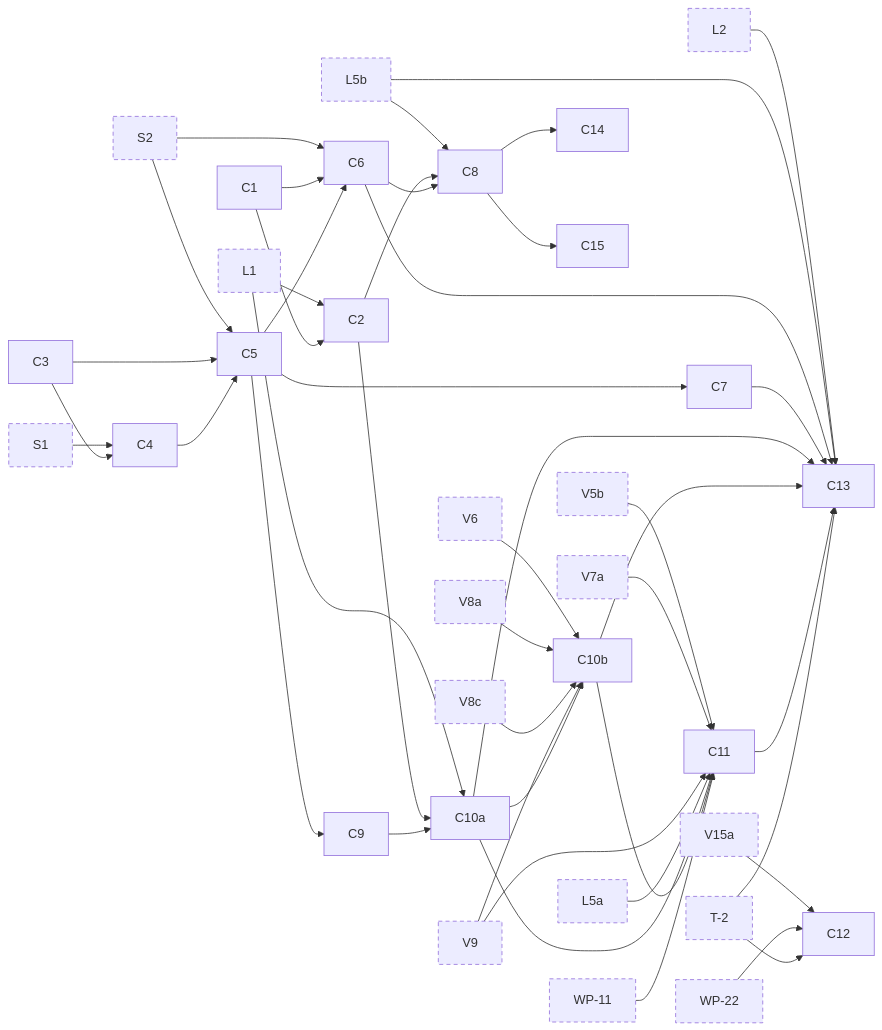
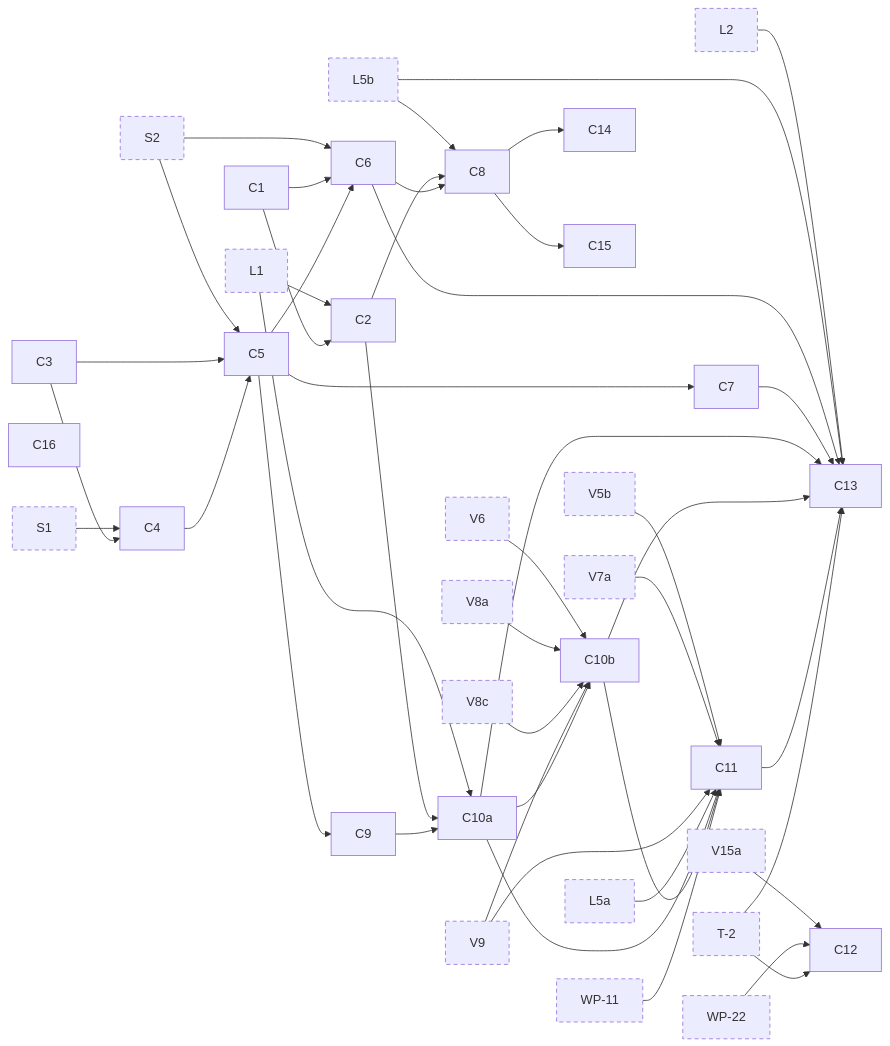
The sixth of 11 diagrams in docs/superpowers/plans/2026-10-13-phase-2/dependencies.md (jhoblitt/rgw-go), drawn with Mermaid before and after one commit. The commit also changed other lines of this file and 5 other files, not shown here.

```diff
--- a/docs/superpowers/plans/2026-10-13-phase-2/dependencies.md
+++ b/docs/superpowers/plans/2026-10-13-phase-2/dependencies.md
@@ -527,6 +612,7 @@
   t_C13["C13"]
   t_C14["C14"]
   t_C15["C15"]
+  t_C16["C16"]
   t_S1["S1"]:::ext
   t_S2["S2"]:::ext
   t_V5b["V5b"]:::ext
@@ -602,6 +688,7 @@
   click t_C13 href "https://github.com/jhoblitt/rgw-go/blob/main/docs/superpowers/plans/2026-10-13-phase-2/C-lifecycle.md#task-c13-the-cross-gateway-and-mixed-worker-gates" "C13: the cross-gateway and mixed-worker gates"
   click t_C14 href "https://github.com/jhoblitt/rgw-go/blob/main/docs/superpowers/plans/2026-10-13-phase-2/C-lifecycle.md#task-c14-x-amz-expirations-rule-id-url-encoded" "C14: x-amz-expiration's rule-id URL-encoded"
   click t_C15 href "https://github.com/jhoblitt/rgw-go/blob/main/docs/superpowers/plans/2026-10-13-phase-2/C-lifecycle.md#task-c15-the-lifecycle-headers-on-copyobject-completemultipartupload-and-listparts" "C15: the lifecycle headers on CopyObject, CompleteMultipartUpload and ListParts"
+  click t_C16 href "https://github.com/jhoblitt/rgw-go/blob/main/docs/superpowers/plans/2026-10-13-phase-2/C-lifecycle.md#task-c16-the-worker-knows-a-version-by-what-a-write-changes-not-by-its-mtime" "C16: the worker knows a version by what a write changes, not by its mtime"
   click t_S1 href "https://github.com/jhoblitt/rgw-go/blob/main/docs/superpowers/plans/2026-10-13-phase-2/00-index.md#task-s1-fakeradoss-rgw-class-as-method-tables" "S1: fakerados's rgw class as method tables"
   click t_S2 href "https://github.com/jhoblitt/rgw-go/blob/main/docs/superpowers/plans/2026-10-13-phase-2/00-index.md#task-s2-route-sets-per-feature-and-the-env-slots" "S2: route sets per feature and the Env slots"
   click t_V5b href "https://github.com/jhoblitt/rgw-go/blob/main/docs/superpowers/plans/2026-10-13-phase-2/V-versioning.md#task-v5b-driver-setolh-unlinkobjinstance-and-the-races" "V5b: driver, `setOLH`, `unlinkObjInstance` and the races"
```
